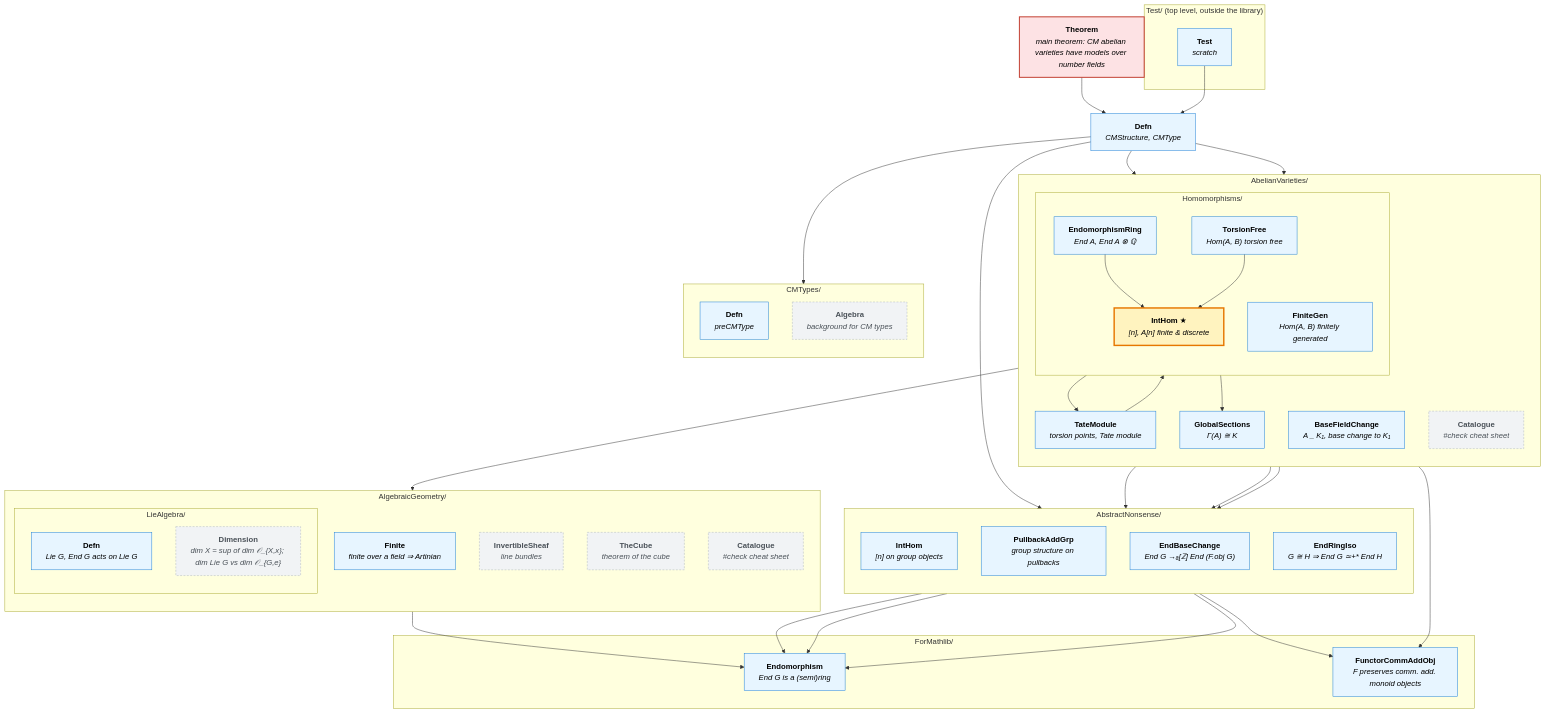
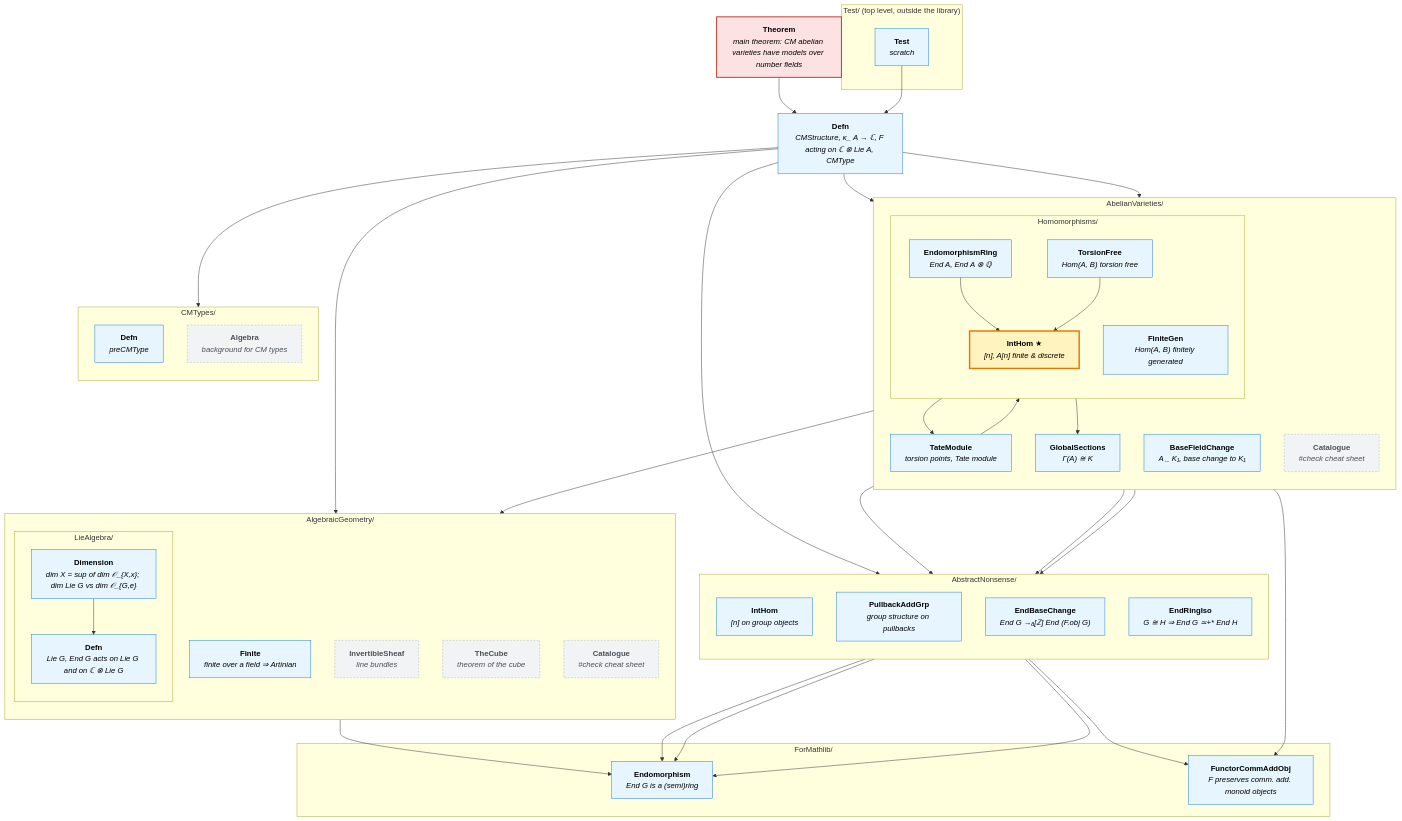
The diagram in MindMap.md (abhijitaj1997/CMAbelianVarieties), drawn with Mermaid before and after one commit. The commit also changed 2 other files, not shown here.

Commit message:
chore: complete end-of-session checklist

````diff
--- a/MindMap.md
+++ b/MindMap.md
@@ -10,7 +10,7 @@
 graph TD
   %% ---------- top level ----------
   Theorem["<b>Theorem</b><br/><i>main theorem: CM abelian varieties have models over number fields</i>"]
-  Defn["<b>Defn</b><br/><i>CMStructure, CMType</i>"]
+  Defn["<b>Defn</b><br/><i>CMStructure, κ_ A → ℂ, F acting on ℂ ⊗ Lie A, CMType</i>"]
 
   %% ---------- AbelianVarieties ----------
   subgraph AV["AbelianVarieties/"]
@@ -44,7 +44,7 @@
     InvertibleSheaf["<b>InvertibleSheaf</b><br/><i>line bundles</i>"]
     TheCube["<b>TheCube</b><br/><i>theorem of the cube</i>"]
     subgraph LIE["LieAlgebra/"]
-      LieAlgebra["<b>Defn</b><br/><i>Lie G, End G acts on Lie G</i>"]
+      LieAlgebra["<b>Defn</b><br/><i>Lie G, End G acts on Lie G and on ℂ ⊗ Lie G</i>"]
       Dimension["<b>Dimension</b><br/><i>dim X = sup of dim 𝒪_{X,x}; dim Lie G vs dim 𝒪_{G,e}</i>"]
     end
     AGCatalogue["<b>Catalogue</b><br/><i>#check cheat sheet</i>"]
@@ -74,6 +74,7 @@
   Defn --> CMDefn
   Defn --> BaseFieldChange
   Defn --> EndBaseChange
+  Defn --> LieAlgebra
   BaseFieldChange --> FunctorCommAddObj
   EndBaseChange --> Endomorphism
   EndBaseChange --> FunctorCommAddObj
@@ -89,6 +90,7 @@
   IntHomAV --> Finite
   IntHomAN --> Endomorphism
   LieAlgebra --> Endomorphism
+  Dimension --> LieAlgebra
   Test --> Defn
 
   %% ---------- colours ----------
@@ -99,6 +101,6 @@
 
   class Theorem goal
   class IntHomAV hub
-  class EndomorphismRing,FiniteGen,TorsionFree,TateModule,GlobalSections,IntHomAN,PullbackAddGrp,Finite,Endomorphism,LieAlgebra,CMDefn,Test,BaseFieldChange,EndBaseChange,FunctorCommAddObj,Defn,EndRingIso connected
-  class AVCatalogue,InvertibleSheaf,TheCube,AGCatalogue,Dimension,CMAlgebra unused
+  class EndomorphismRing,FiniteGen,TorsionFree,TateModule,GlobalSections,IntHomAN,PullbackAddGrp,Finite,Endomorphism,LieAlgebra,CMDefn,Test,BaseFieldChange,EndBaseChange,FunctorCommAddObj,Defn,EndRingIso,Dimension connected
+  class AVCatalogue,InvertibleSheaf,TheCube,AGCatalogue,CMAlgebra unused
 ```
````
